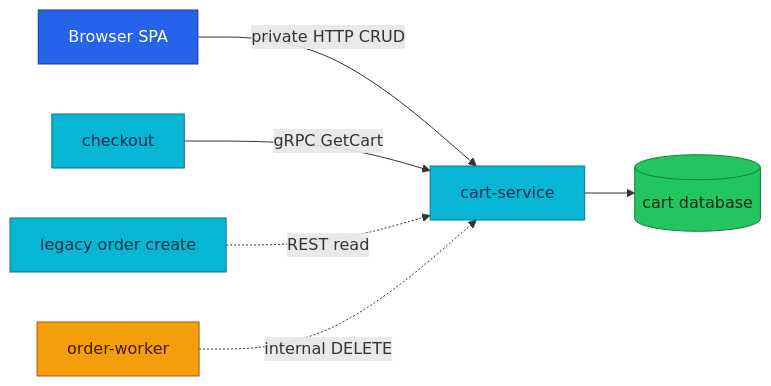
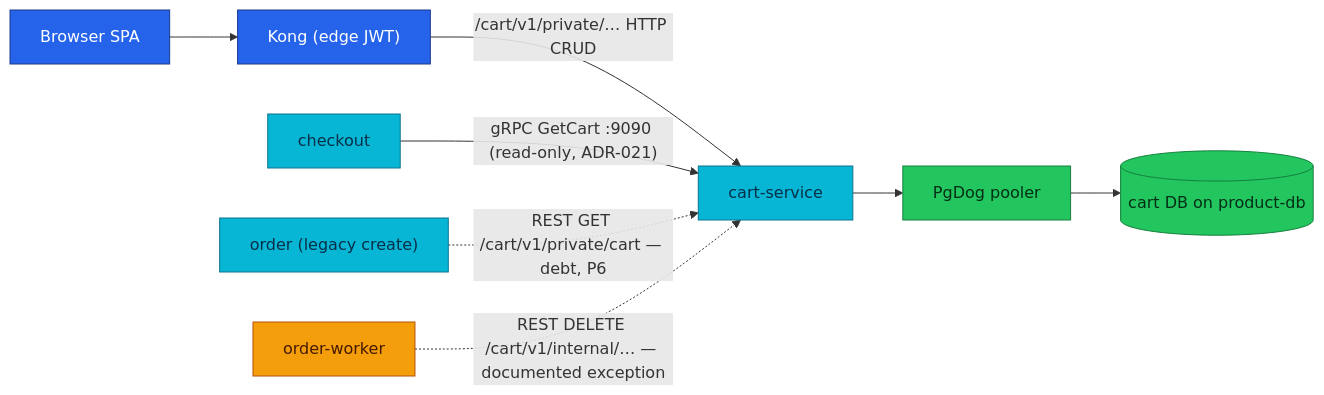
Before and after one commit to duynhlab/homelab: the diagram in docs/api/cart.md, drawn with Mermaid. The commit also changed other lines of this file and 20 other files, not shown here.

````diff
--- a/docs/api/cart.md
+++ b/docs/api/cart.md
@@ -20,17 +59,18 @@
 ```mermaid
 flowchart LR
-    SPA[Browser SPA] -->|private HTTP CRUD| Cart[cart-service]
-    Checkout[checkout] -->|gRPC GetCart| Cart
-    Order[legacy order create] -. REST read .-> Cart
-    Worker[order-worker] -. internal DELETE .-> Cart
-    Cart --> DB[(cart database)]
+    SPA["Browser SPA"] --> Kong["Kong (edge JWT)"]
+    Kong -->|"/cart/v1/private/… HTTP CRUD"| Cart["cart-service"]
+    CK["checkout"] -->|"gRPC GetCart :9090 (read-only, ADR-021)"| Cart
+    ORD["order (legacy create)"] -.->|"REST GET /cart/v1/private/cart — debt, P6"| Cart
+    W["order-worker"] -.->|"REST DELETE /cart/v1/internal/… — documented exception"| Cart
+    Cart --> PGD["PgDog pooler"] --> DB[("cart DB on product-db")]
 
     classDef edge fill:#2563eb,color:#fff,stroke:#1e3a8a;
     classDef service fill:#06b6d4,color:#082f49,stroke:#0e7490;
     classDef worker fill:#f59e0b,color:#451a03,stroke:#b45309;
     classDef data fill:#22c55e,color:#052e16,stroke:#15803d;
-    class SPA edge;
-    class Cart,Checkout,Order service;
-    class Worker worker;
-    class DB data;
+    class SPA,Kong edge;
+    class Cart,CK,ORD service;
+    class W worker;
+    class PGD,DB data;
 ```
````
